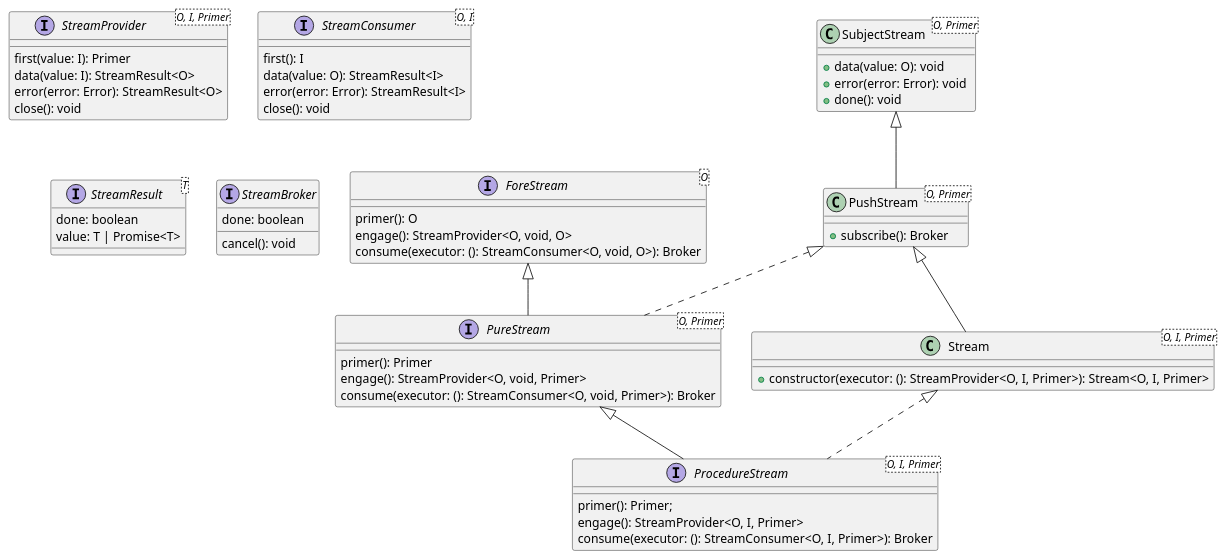
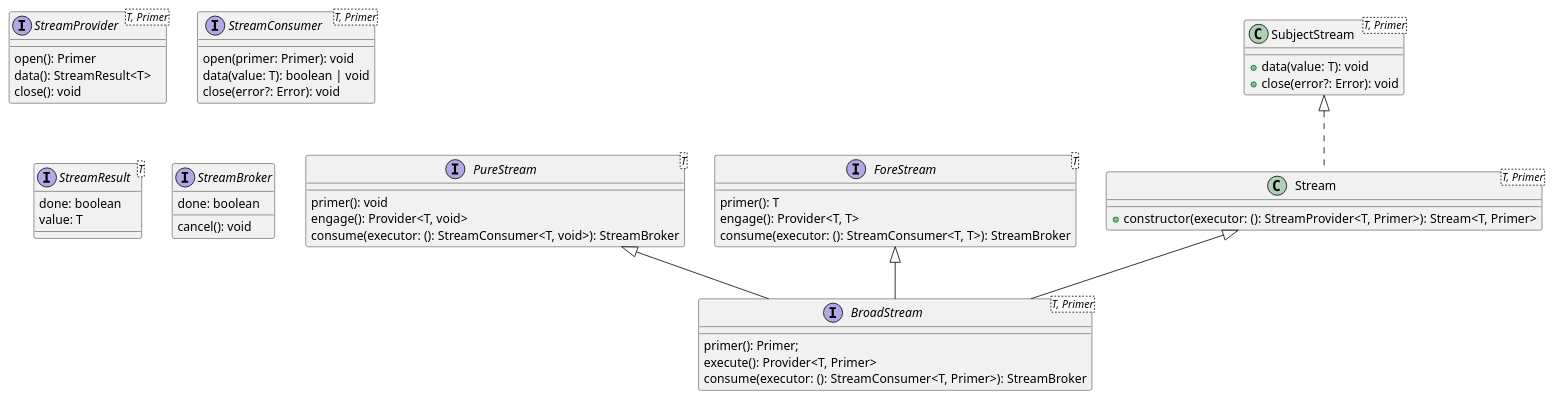
Before and after one commit to rafamel/rxjs-utils: the diagram in assets/Definitions.puml, drawn with PlantUML. The commit also changed 6 other files, not shown here.

Commit message:
feat: defines and implements pull streams as provider data returning only

```diff
--- a/assets/Definitions.puml
+++ b/assets/Definitions.puml
@@ -1,65 +1,56 @@
 @startuml Classes
 
-interface StreamProvider<O, I, Primer> {
-  first(value: I): Primer
-  data(value: I): StreamResult<O>
-  error(error: Error): StreamResult<O>
+interface StreamProvider<T, Primer> {
+  open(): Primer
+  data(): StreamResult<T>
   close(): void
 }
 
-interface StreamConsumer<O, I> {
-  first(): I
-  data(value: O): StreamResult<I>
-  error(error: Error): StreamResult<I>
-  close(): void
+interface StreamConsumer<T, Primer> {
+  open(primer: Primer): void
+  data(value: T): boolean | void
+  close(error?: Error): void
 }
 
 interface StreamResult<T> {
   done: boolean
-  value: T | Promise<T>
+  value: T
 }
 
 interface StreamBroker {
   done: boolean
   cancel(): void
 }
 
-interface ProcedureStream<O, I, Primer> {
+interface BroadStream<T, Primer> {
   primer(): Primer;
-  engage(): StreamProvider<O, I, Primer>
-  consume(executor: (): StreamConsumer<O, I, Primer>): Broker
+  execute(): Provider<T, Primer>
+  consume(executor: (): StreamConsumer<T, Primer>): StreamBroker
 }
 
-PureStream <|-- ProcedureStream
-interface PureStream<O, Primer> {
-  primer(): Primer
-  engage(): StreamProvider<O, void, Primer>
-  consume(executor: (): StreamConsumer<O, void, Primer>): Broker
+PureStream <|-- BroadStream
+interface PureStream<T> {
+  primer(): void
+  engage(): Provider<T, void>
+  consume(executor: (): StreamConsumer<T, void>): StreamBroker
 }
 
-ForeStream <|-- PureStream
-interface ForeStream<O> {
-  primer(): O
-  engage(): StreamProvider<O, void, O>
-  consume(executor: (): StreamConsumer<O, void, O>): Broker
+ForeStream <|-- BroadStream
+interface ForeStream<T> {
+  primer(): T
+  engage(): Provider<T, T>
+  consume(executor: (): StreamConsumer<T, T>): StreamBroker
 }
 
-Stream <|.. ProcedureStream
-class Stream<O, I, Primer> {
-  +constructor(executor: (): StreamProvider<O, I, Primer>): Stream<O, I, Primer>
+Stream <|-- BroadStream
+class Stream<T, Primer> {
+  +constructor(executor: (): StreamProvider<T, Primer>): Stream<T, Primer>
 }
 
-PushStream <|.. PureStream
-PushStream <|-- Stream
-class PushStream<O, Primer> {
-  +subscribe(): Broker
-}
-
-SubjectStream <|-- PushStream
-class SubjectStream<O, Primer> {
-  +data(value: O): void
-  +error(error: Error): void
-  +done(): void
+SubjectStream <|.. Stream
+class SubjectStream<T, Primer> {
+  +data(value: T): void
+  +close(error?: Error): void
 }
 
 @enduml
```
